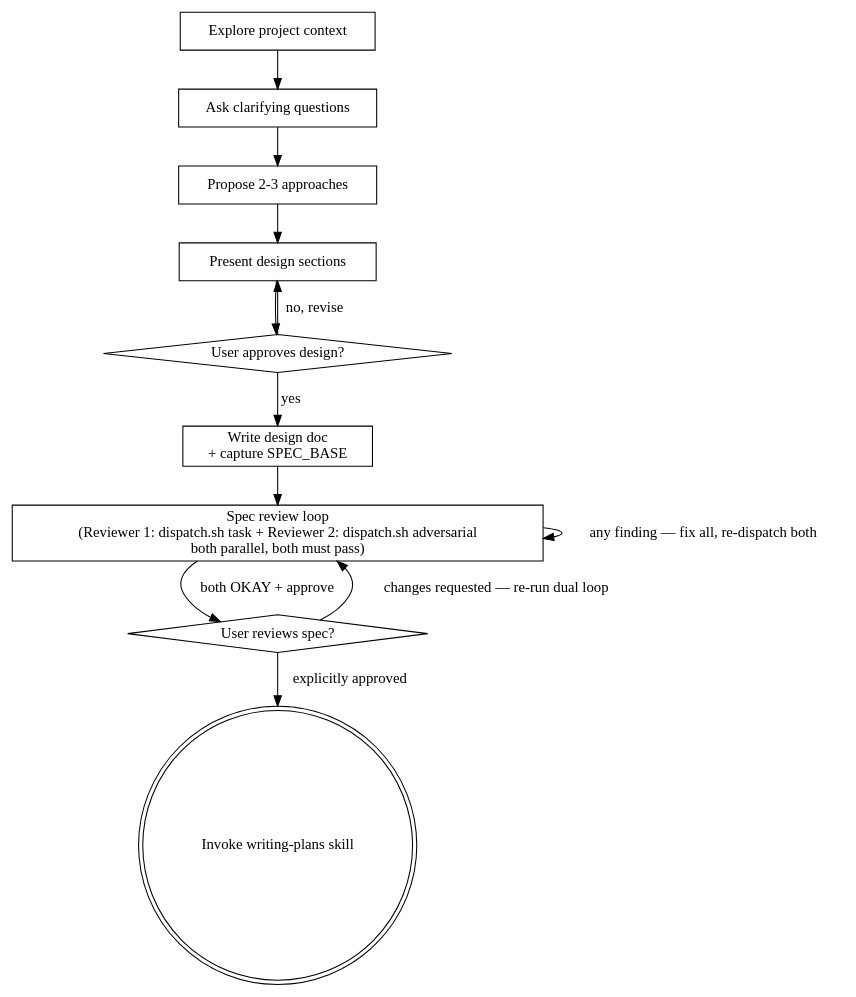
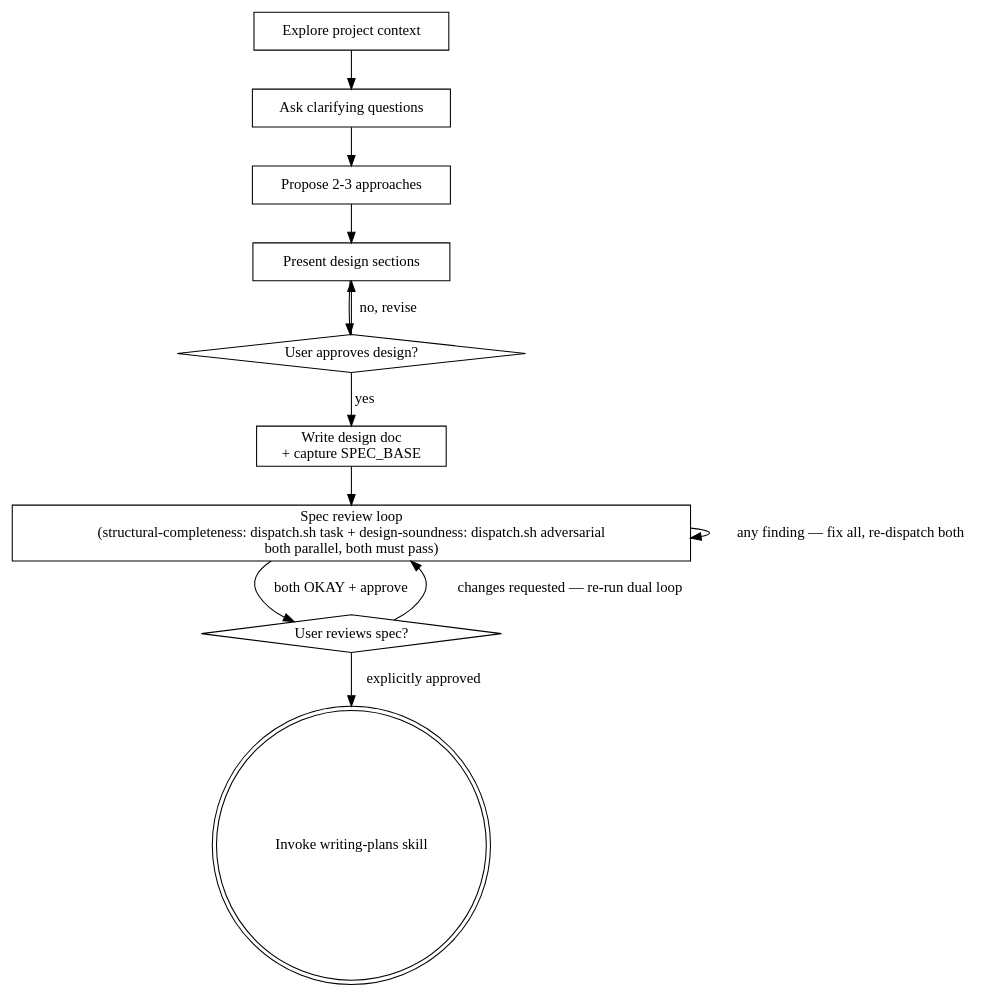
The diagram in skills/brainstorming/SKILL.md (stu43005/superpowers-codex), drawn with Graphviz before and after one commit. The commit also changed other lines of this file, not shown here.

First line of the commit message:
refactor(brainstorming): drop reviewer numbering, use role names

````diff
--- a/skills/brainstorming/SKILL.md
+++ b/skills/brainstorming/SKILL.md
@@ -35,25 +35,25 @@
 ```dot
 digraph brainstorming {
     "Explore project context" [shape=box];
     "Ask clarifying questions" [shape=box];
     "Propose 2-3 approaches" [shape=box];
     "Present design sections" [shape=box];
     "User approves design?" [shape=diamond];
     "Write design doc\n+ capture SPEC_BASE" [shape=box];
-    "Spec review loop\n(Reviewer 1: dispatch.sh task + Reviewer 2: dispatch.sh adversarial\nboth parallel, both must pass)" [shape=box];
+    "Spec review loop\n(structural-completeness: dispatch.sh task + design-soundness: dispatch.sh adversarial\nboth parallel, both must pass)" [shape=box];
     "User reviews spec?" [shape=diamond];
     "Invoke writing-plans skill" [shape=doublecircle];
 
     "Explore project context" -> "Ask clarifying questions";
     "Ask clarifying questions" -> "Propose 2-3 approaches";
     "Propose 2-3 approaches" -> "Present design sections";
     "Present design sections" -> "User approves design?";
     "User approves design?" -> "Present design sections" [label="no, revise"];
     "User approves design?" -> "Write design doc\n+ capture SPEC_BASE" [label="yes"];
-    "Write design doc\n+ capture SPEC_BASE" -> "Spec review loop\n(Reviewer 1: dispatch.sh task + Reviewer 2: dispatch.sh adversarial\nboth parallel, both must pass)";
-    "Spec review loop\n(Reviewer 1: dispatch.sh task + Reviewer 2: dispatch.sh adversarial\nboth parallel, both must pass)" -> "Spec review loop\n(Reviewer 1: dispatch.sh task + Reviewer 2: dispatch.sh adversarial\nboth parallel, both must pass)" [label="any finding — fix all, re-dispatch both"];
-    "Spec review loop\n(Reviewer 1: dispatch.sh task + Reviewer 2: dispatch.sh adversarial\nboth parallel, both must pass)" -> "User reviews spec?" [label="both OKAY + approve"];
-    "User reviews spec?" -> "Spec review loop\n(Reviewer 1: dispatch.sh task + Reviewer 2: dispatch.sh adversarial\nboth parallel, both must pass)" [label="changes requested — re-run dual loop"];
+    "Write design doc\n+ capture SPEC_BASE" -> "Spec review loop\n(structural-completeness: dispatch.sh task + design-soundness: dispatch.sh adversarial\nboth parallel, both must pass)";
+    "Spec review loop\n(structural-completeness: dispatch.sh task + design-soundness: dispatch.sh adversarial\nboth parallel, both must pass)" -> "Spec review loop\n(structural-completeness: dispatch.sh task + design-soundness: dispatch.sh adversarial\nboth parallel, both must pass)" [label="any finding — fix all, re-dispatch both"];
+    "Spec review loop\n(structural-completeness: dispatch.sh task + design-soundness: dispatch.sh adversarial\nboth parallel, both must pass)" -> "User reviews spec?" [label="both OKAY + approve"];
+    "User reviews spec?" -> "Spec review loop\n(structural-completeness: dispatch.sh task + design-soundness: dispatch.sh adversarial\nboth parallel, both must pass)" [label="changes requested — re-run dual loop"];
     "User reviews spec?" -> "Invoke writing-plans skill" [label="explicitly approved"];
 }
 ```
````
